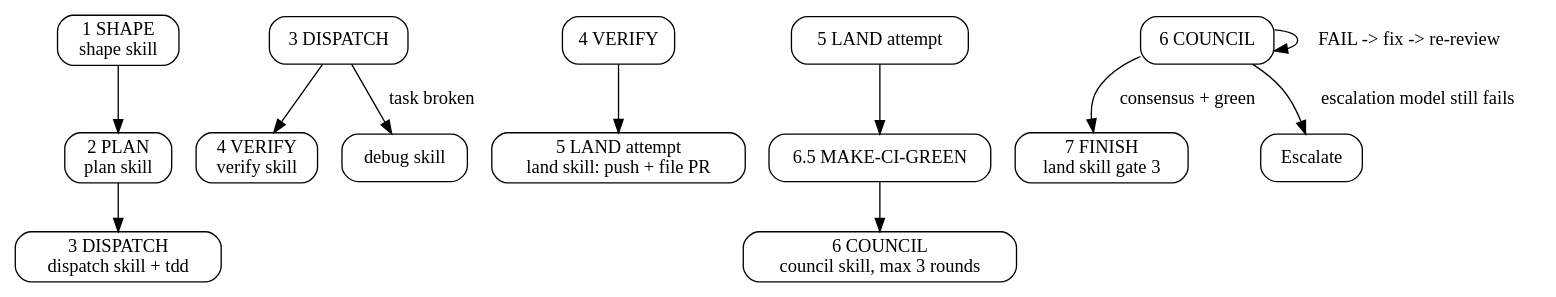
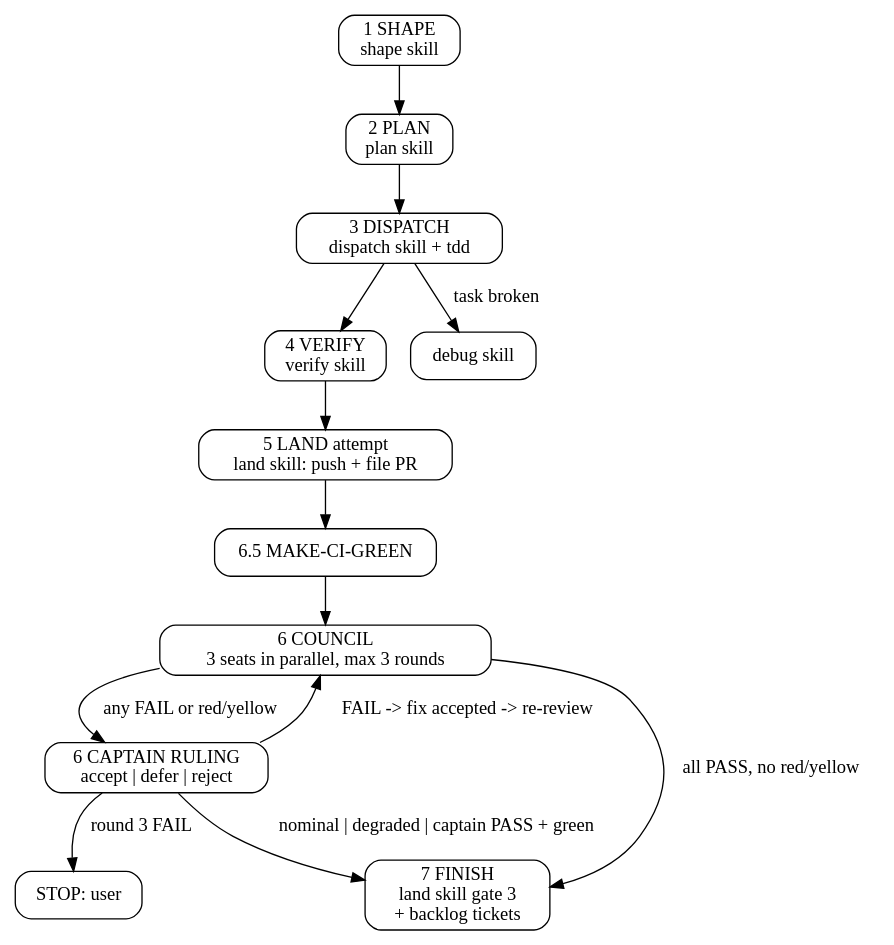
The diagram in skills/oneshot/SKILL.md (DennisLoska/skills), drawn with Graphviz before and after one commit. The commit also changed other lines of this file and 22 other files, not shown here.

First line of the commit message:
feat: review captain council, Opus/Fable implementers, single-provider review, --pm backlog tracker (#19)

````diff
--- a/skills/oneshot/SKILL.md
+++ b/skills/oneshot/SKILL.md
@@ -35,17 +35,26 @@
 ```dot
 digraph oneshot {
     rankdir=TB;
     node [shape=box, style=rounded];
 
-    "1 SHAPE\nshape skill" -> "2 PLAN\nplan skill";
-    "2 PLAN\nplan skill" -> "3 DISPATCH\ndispatch skill + tdd";
-    "3 DISPATCH" -> "4 VERIFY\nverify skill";
-    "4 VERIFY" -> "5 LAND attempt\nland skill: push + file PR";
-    "5 LAND attempt" -> "6.5 MAKE-CI-GREEN";
-    "6.5 MAKE-CI-GREEN" -> "6 COUNCIL\ncouncil skill, max 3 rounds";
-    "6 COUNCIL" -> "7 FINISH\nland skill gate 3" [label="consensus + green"];
-    "6 COUNCIL" -> "6 COUNCIL" [label="FAIL -> fix -> re-review"];
-    "6 COUNCIL" -> "Escalate" [label="escalation model still fails"];
-    "3 DISPATCH" -> "debug skill" [label="task broken"];
+    shape [label="1 SHAPE\nshape skill"];
+    plan [label="2 PLAN\nplan skill"];
+    dispatch [label="3 DISPATCH\ndispatch skill + tdd"];
+    verify [label="4 VERIFY\nverify skill"];
+    pr [label="5 LAND attempt\nland skill: push + file PR"];
+    ci [label="6.5 MAKE-CI-GREEN"];
+    council [label="6 COUNCIL\n3 seats in parallel, max 3 rounds"];
+    ruling [label="6 CAPTAIN RULING\naccept | defer | reject"];
+    finish [label="7 FINISH\nland skill gate 3\n+ backlog tickets"];
+    stop [label="STOP: user"];
+    debug [label="debug skill"];
+
+    shape -> plan -> dispatch -> verify -> pr -> ci -> council;
+    council -> finish [label="all PASS, no red/yellow"];
+    council -> ruling [label="any FAIL or red/yellow"];
+    ruling -> finish [label="nominal | degraded | captain PASS + green"];
+    ruling -> council [label="FAIL -> fix accepted -> re-review"];
+    ruling -> stop [label="round 3 FAIL"];
+    dispatch -> debug [label="task broken"];
 }
 ```
````
